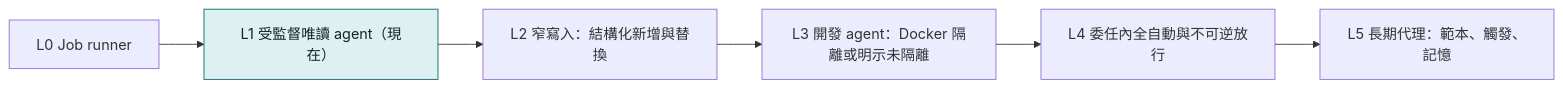
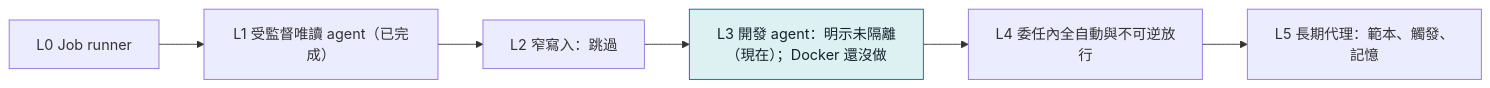
Before and after one commit to moerasermax/tkflyc-ai-cli: diagram 13 of 13 in docs/ai-cli_kernel/技術手冊.md, drawn with Mermaid. The commit also changed other lines of this file and 20 other files, not shown here.

````diff
--- a/docs/ai-cli_kernel/技術手冊.md
+++ b/docs/ai-cli_kernel/技術手冊.md
@@ -464,5 +549,5 @@
 ```mermaid
 flowchart LR
-  L0["L0 Job runner"] --> L1["L1 受監督唯讀 agent（現在）"]:::now --> L2["L2 窄寫入：結構化新增與替換"] --> L3["L3 開發 agent：Docker 隔離或明示未隔離"] --> L4["L4 委任內全自動與不可逆放行"] --> L5["L5 長期代理：範本、觸發、記憶"]
+  L0["L0 Job runner"] --> L1["L1 受監督唯讀 agent（已完成）"] --> L2["L2 窄寫入：跳過"] --> L3["L3 開發 agent：明示未隔離（現在）；Docker 還沒做"]:::now --> L4["L4 委任內全自動與不可逆放行"] --> L5["L5 長期代理：範本、觸發、記憶"]
   classDef now fill:#DDF1F2,stroke:#0A6B72,color:#15222A
 ```
````
